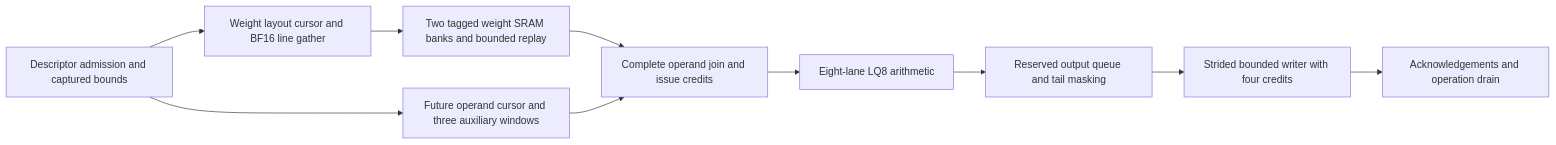
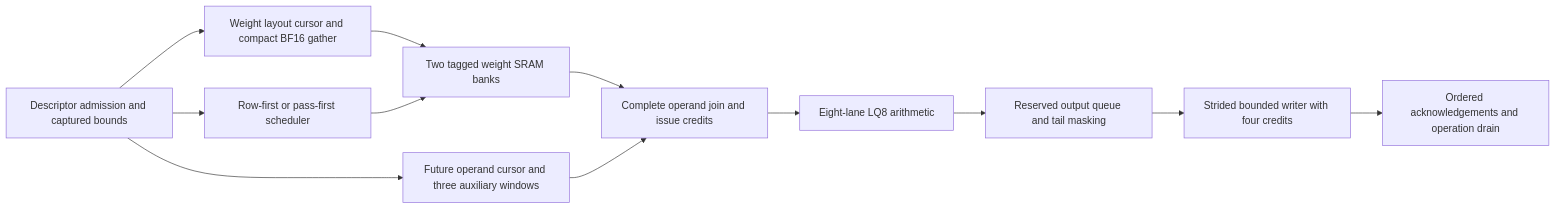
The diagram in docs/ARCHITECTURE_REVIEW_SUMMARY.md (bojieli/OpenTallas), drawn with Mermaid before and after one commit. The commit also changed other lines of this file, not shown here.

Commit message:
Consolidate architecture report with pass residency gains and remaining targets

````diff
--- a/docs/ARCHITECTURE_REVIEW_SUMMARY.md
+++ b/docs/ARCHITECTURE_REVIEW_SUMMARY.md
@@ -19,12 +24,14 @@
 ```mermaid
 flowchart LR
-    A[Descriptor admission and captured bounds] --> B[Weight layout cursor and BF16 line gather]
-    B --> C[Two tagged weight SRAM banks and bounded replay]
+    A[Descriptor admission and captured bounds] --> B[Weight layout cursor and compact BF16 gather]
+    A --> S[Row-first or pass-first scheduler]
+    B --> C[Two tagged weight SRAM banks]
+    S --> C
     A --> D[Future operand cursor and three auxiliary windows]
     C --> E[Complete operand join and issue credits]
     D --> E
     E --> F[Eight-lane LQ8 arithmetic]
     F --> G[Reserved output queue and tail masking]
     G --> H[Strided bounded writer with four credits]
-    H --> I[Acknowledgements and operation drain]
+    H --> I[Ordered acknowledgements and operation drain]
 ```
````
